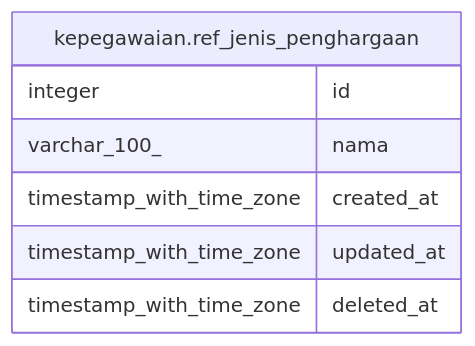
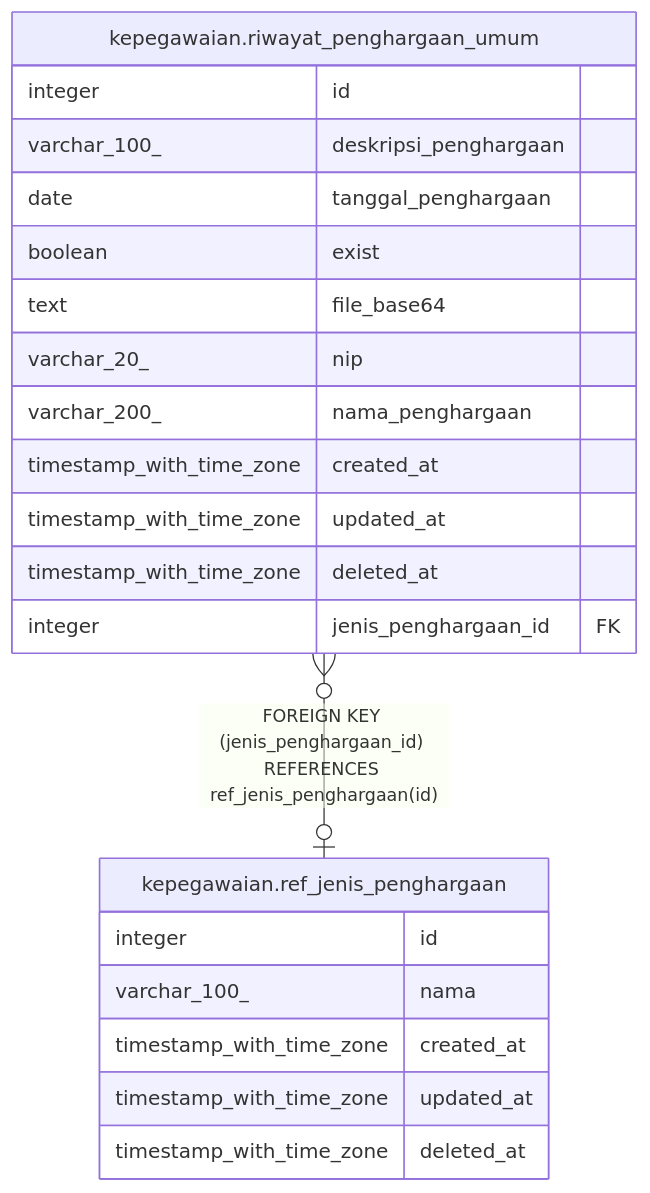
The diagram in services/kepegawaian/docs/db/kepegawaian.ref_jenis_penghargaan.md (nandanugg/triforce.nvim), drawn with Mermaid before and after one commit. The commit also changed other lines of this file and 49 other files, not shown here.

````diff
--- a/services/kepegawaian/docs/db/kepegawaian.ref_jenis_penghargaan.md
+++ b/services/kepegawaian/docs/db/kepegawaian.ref_jenis_penghargaan.md
@@ -29,12 +32,26 @@
 ```mermaid
 erDiagram
 
+"kepegawaian.riwayat_penghargaan_umum" }o--o| "kepegawaian.ref_jenis_penghargaan" : "FOREIGN KEY (jenis_penghargaan_id) REFERENCES ref_jenis_penghargaan(id)"
 
 "kepegawaian.ref_jenis_penghargaan" {
   integer id
   varchar_100_ nama
   timestamp_with_time_zone created_at
   timestamp_with_time_zone updated_at
   timestamp_with_time_zone deleted_at
 }
+"kepegawaian.riwayat_penghargaan_umum" {
+  integer id
+  varchar_100_ deskripsi_penghargaan
+  date tanggal_penghargaan
+  boolean exist
+  text file_base64
+  varchar_20_ nip
+  varchar_200_ nama_penghargaan
+  timestamp_with_time_zone created_at
+  timestamp_with_time_zone updated_at
+  timestamp_with_time_zone deleted_at
+  integer jenis_penghargaan_id FK
+}
 ```
````
